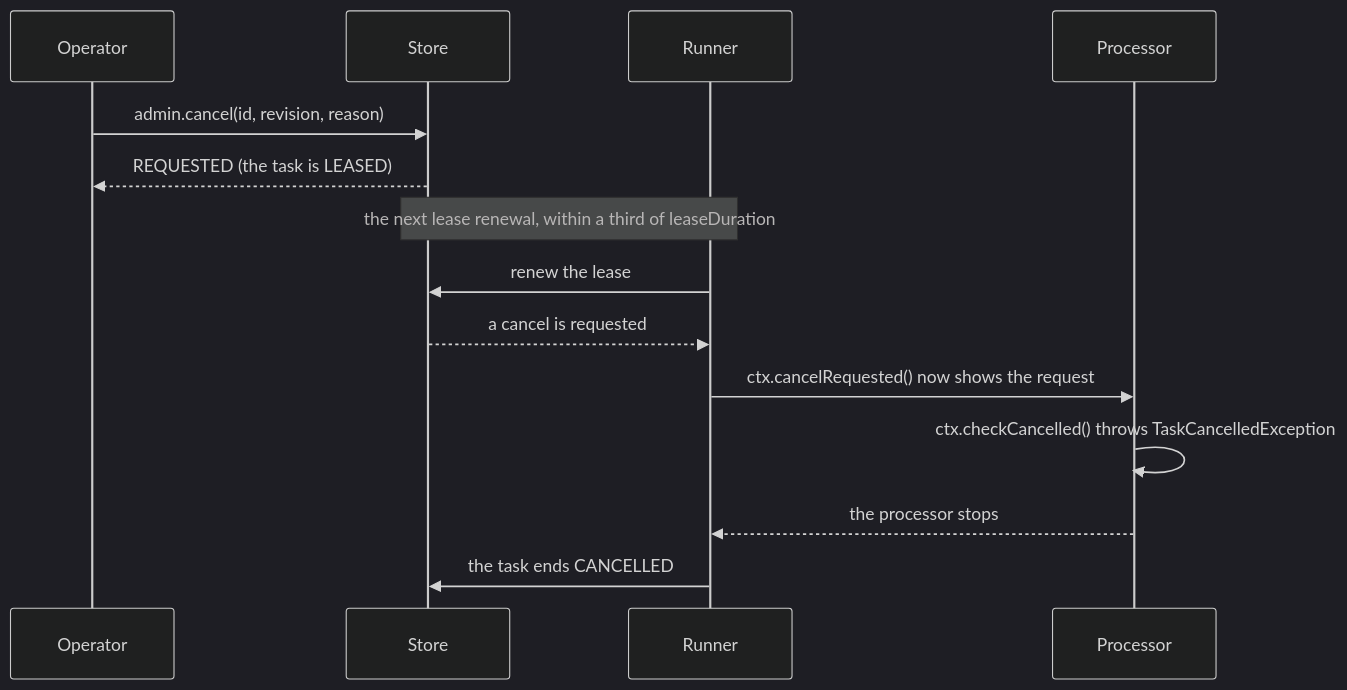
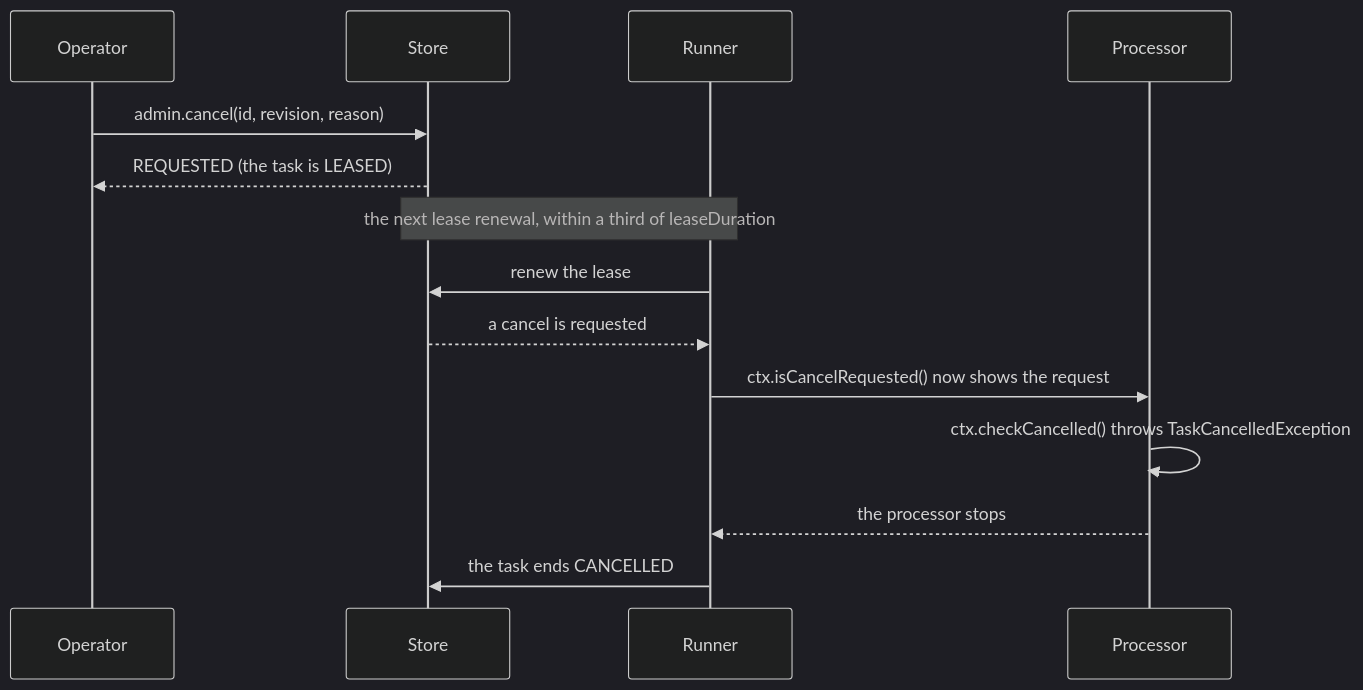
Before and after one commit to BonfireTrunk/bth4j: the second of 3 diagrams in docs/retries-and-cancelling.md, drawn with Mermaid (dark theme). The commit also changed other lines of this file and 64 other files, not shown here.

````diff
--- a/docs/retries-and-cancelling.md
+++ b/docs/retries-and-cancelling.md
@@ -120,16 +120,16 @@
 ```mermaid
 sequenceDiagram
     participant Op as Operator
     participant Store
     participant Runner
     participant Proc as Processor
     Op->>Store: admin.cancel(id, revision, reason)
     Store-->>Op: REQUESTED (the task is LEASED)
     Note over Store,Runner: the next lease renewal, within a third of leaseDuration
     Runner->>Store: renew the lease
     Store-->>Runner: a cancel is requested
-    Runner->>Proc: ctx.cancelRequested() now shows the request
+    Runner->>Proc: ctx.isCancelRequested() now shows the request
     Proc->>Proc: ctx.checkCancelled() throws TaskCancelledException
     Proc-->>Runner: the processor stops
     Runner->>Store: the task ends CANCELLED
 ```
````
